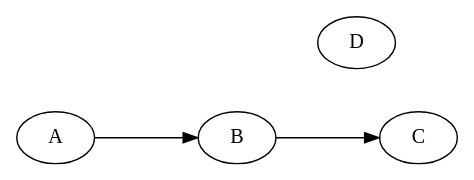
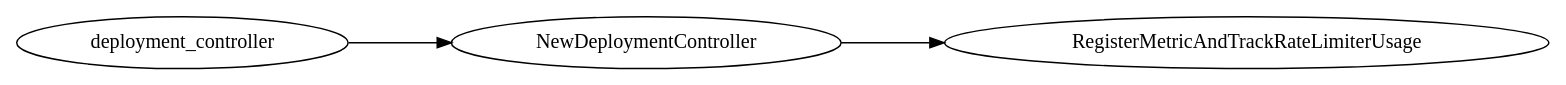
One commit to mntky/k8s-study changed the diagram in callgraph/test.dot. Above: the diagram before and after it, drawn with Graphviz.

Commit message:
pkg/controller/deployment/deployment_controller.go call途中

```diff
--- a/callgraph/test.dot
+++ b/callgraph/test.dot
@@ -1,10 +1,10 @@
-digraph g{
+digraph k8s{
 	graph[
 		layout  = circo
 	]
-	A;
-	B;
-	C;
-	D;
-	A->B->C;
+	deployment_controller;
+	NewDeploymentController;
+	RegisterMetricAndTrackRateLimiterUsage;
+
+	deployment_controller->NewDeploymentController->RegisterMetricAndTrackRateLimiterUsage;
 }
```
